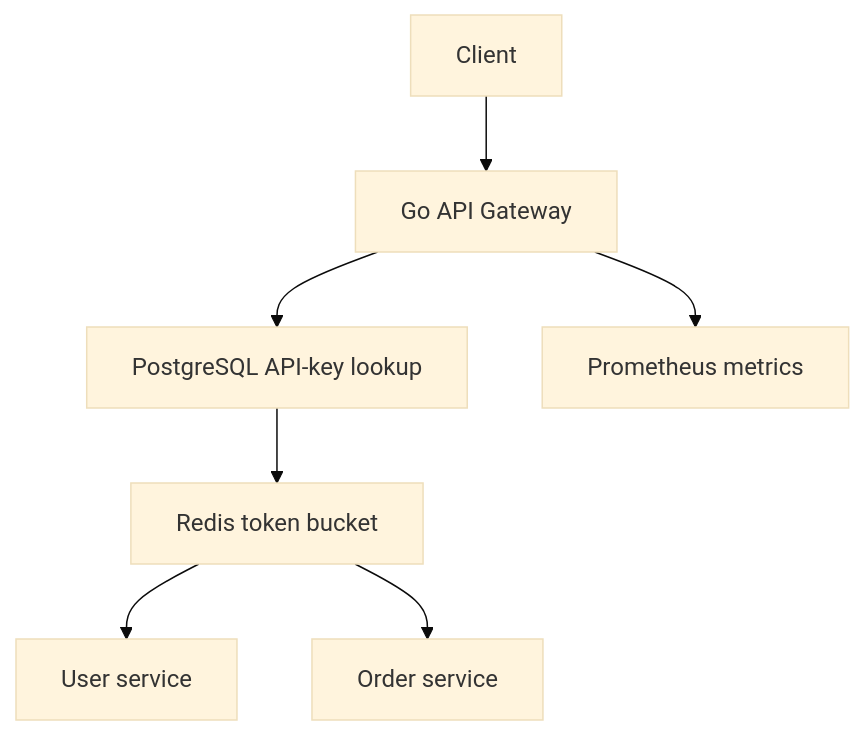
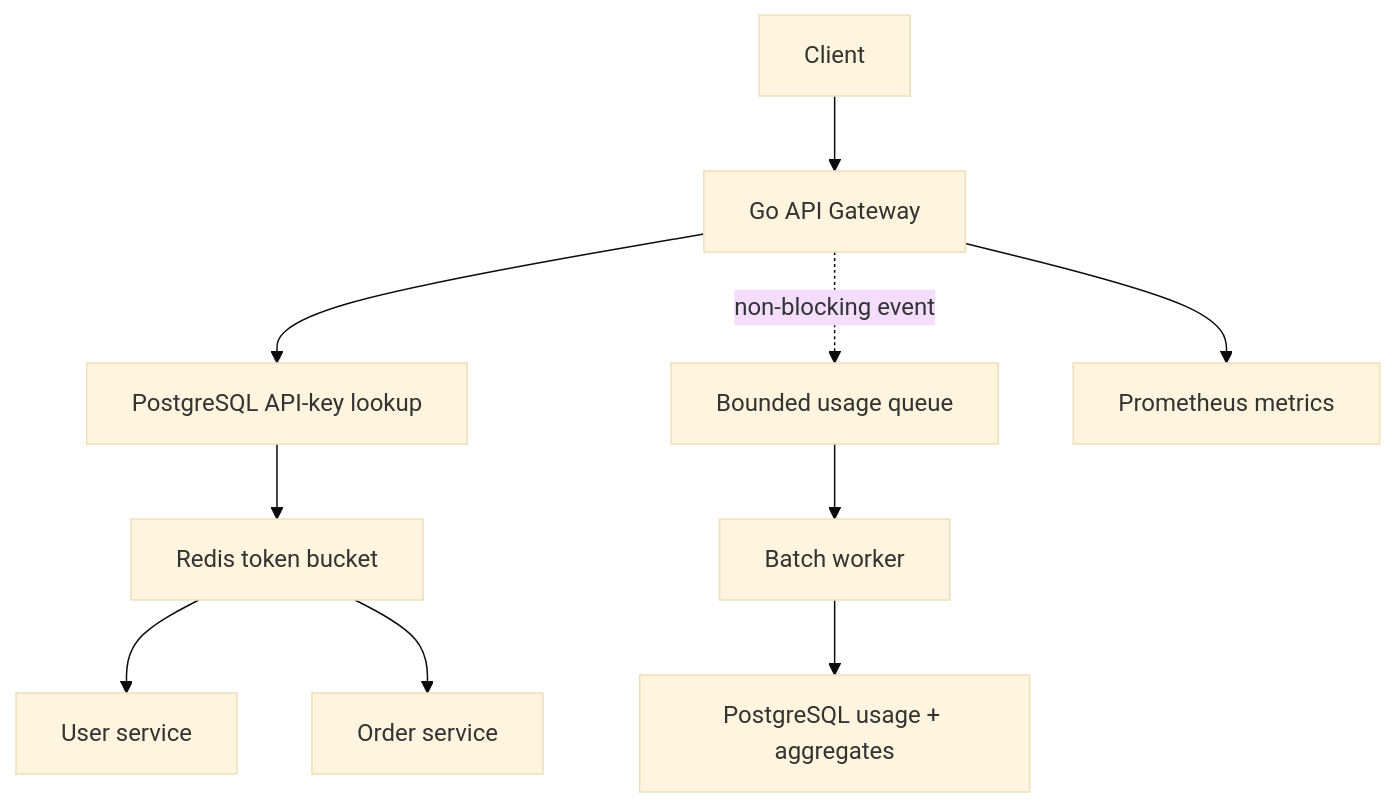
Before and after one commit to beasthphp/distributed-api-gateway: the diagram in README.md, drawn with Mermaid (base theme). The commit also changed other lines of this file and 20 other files, not shown here.

````diff
--- a/README.md
+++ b/README.md
@@ -25,9 +28,12 @@
 ```mermaid
 flowchart TD
     C[Client] --> G[Go API Gateway]
     G --> A[PostgreSQL API-key lookup]
     A --> R[Redis token bucket]
     R --> U[User service]
     R --> O[Order service]
+    G -. non-blocking event .-> Q[Bounded usage queue]
+    Q --> W[Batch worker]
+    W --> P[PostgreSQL usage + aggregates]
     G --> M[Prometheus metrics]
 ```
````
